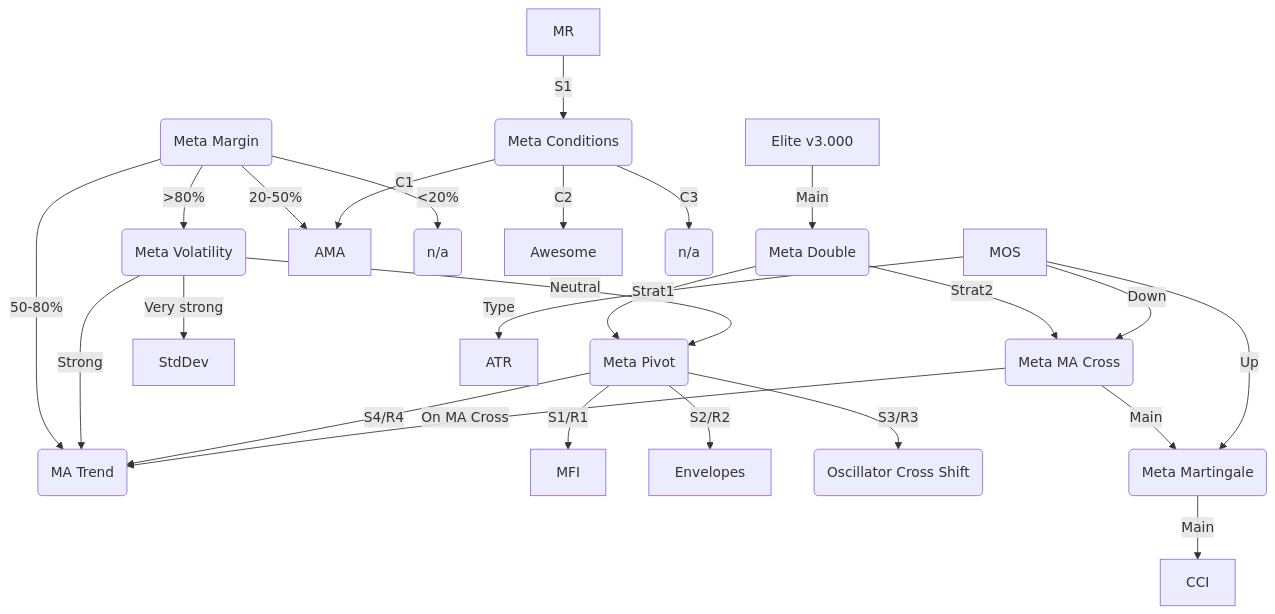
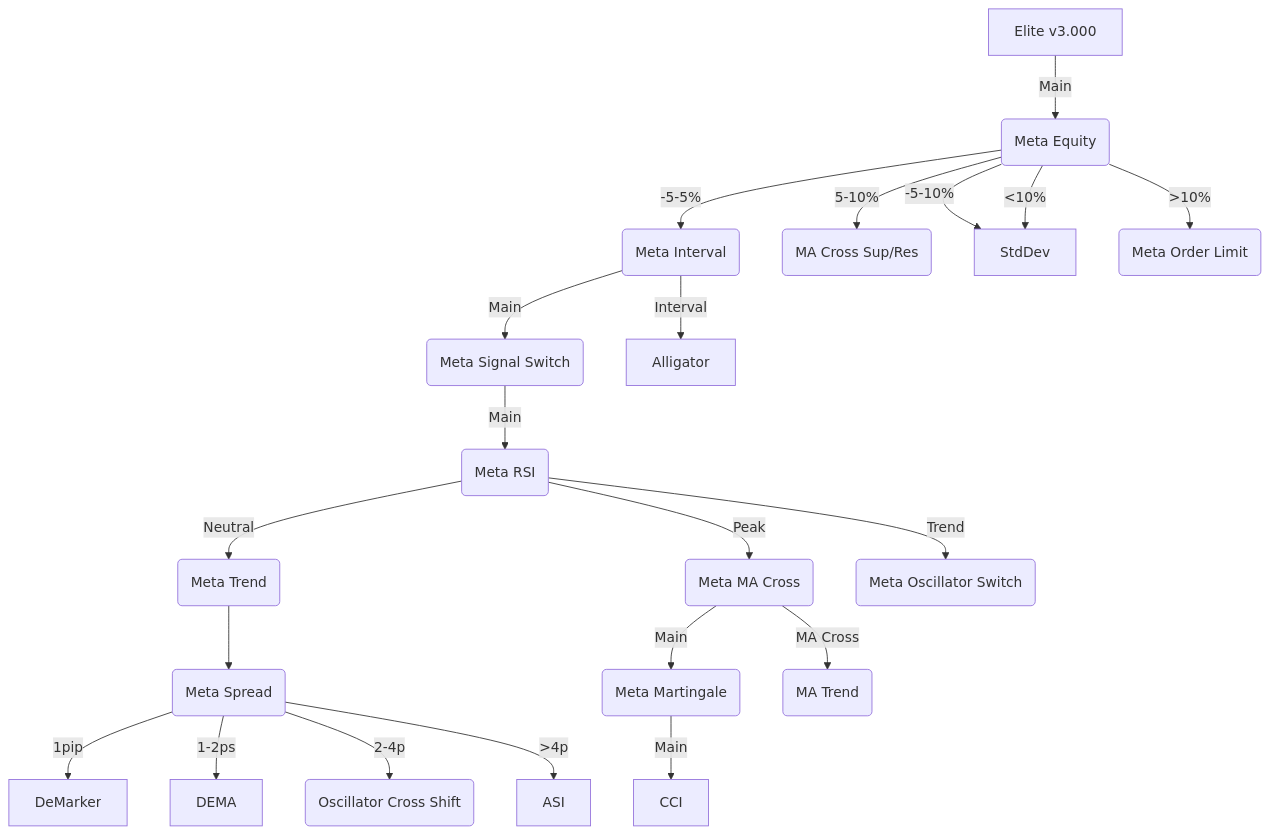
The second of 2 diagrams in src/include/common/elite/README.md (EA31337/EA31337), drawn with Mermaid before and after one commit.

Commit message:
Elite: Updates recommended params

````diff
--- a/src/include/common/elite/README.md
+++ b/src/include/common/elite/README.md
@@ -16,35 +16,60 @@
 ```mermaid
 graph TD
-    EA[Elite v3.000] -->|Main| MD(Meta Double)
-    MD --> |Strat1| MP(Meta Pivot)
-    MD --> |Strat2| MMC(Meta MA Cross)
+    EA[Elite v3.000] -->|Main| MEquity(Meta Equity)
 
-    MM(Meta Margin) --> |>80%| MV(Meta Volatility)
-    MM --> |50-80%| MAT(MA Trend)
-    MM --> |20-50%| AMA
-    MM --> |<20%| NA1(n/a)
+    MEquity --> |-5-5%| MI(Meta Interval)
+    MEquity --> |5-10%| MACSP(MA Cross Sup/Res)
+    MEquity --> |-5-10%| StdDev
+    MEquity --> |>10%| MOL(Meta Order Limit)
+    MEquity --> |<10%| StdDev
 
-        MV --> |Neutral| MP(Meta Pivot)
-        MV --> |Strong| MAT(MA Trend)
-        MV --> |Very strong| StdDev
+        MI --> |Main| MSS(Meta Signal Switch)
+        MI --> |Interval| Alligator
 
-            MP --> |S1/R1| MFI
-            MP --> |S2/R2| Envelopes
-            MP --> |S3/R3| OCS(Oscillator Cross Shift)
-            MP --> |S4/R4| MAT(MA Trend)
+            MSS -->|Main| MRSI(Meta RSI)
 
-                MR --> |S1| MC(Meta Conditions)
+                MRSI --> |Neutral| MT(Meta Trend)
+                MRSI --> |Peak| MMC(Meta MA Cross)
+                MRSI --> |Trend| MOS(Meta Oscillator Switch)
 
-                    MC --> |C1| AMA
-                    MC --> |C2| Awesome
-                    MC --> |C3| NA2(n/a)
+                    MT --> MSpread(Meta Spread)
 
-    MMC --> |Main| MMG(Meta Martingale)
-    MMC --> |On MA Cross| MAT(MA Trend)
+                        MSpread --> |1pip| DeMarker
+                        MSpread --> |1-2ps| DEMA
+                        MSpread --> |2-4p| OCS(Oscillator Cross Shift)
+                        MSpread --> |>4p| ASI
 
-        MMG --> |Main| CCI
+                MMC --> |Main| MMG(Meta Martingale)
+                MMC --> |MA Cross| MAT(MA Trend)
 
-    MOS --> |Type| ATR
-    MOS --> |Down| MMC(Meta MA Cross)
-    MOS --> |Up| MMG(Meta Martingale)
+                    MMG --> |Main| CCI
+
+    %% MM(Meta Margin) --> |>80%| MD(Meta Double)
+    %% MM --> |50-80%| MOL(Meta Order Limit)
+    %% MM --> |20-50%| AMA
+    %% MM --> |<20%| NA1(n/a)
+
+    %%     MD --> |Strat1| MP(Meta Pivot)
+    %%     MD --> |Strat2| MMC(Meta MA Cross)
+
+    %%     MOL --> |Strat| MAB(MA Breakout)
+
+    %%     MV --> |Neutral| MP(Meta Pivot)
+    %%     MV --> |Strong| MAT(MA Trend)
+    %%     MV --> |Very strong| StdDev
+
+    %%         MP --> |S1/R1| MCS(MA Cross Shift)
+    %%         MP --> |S2/R2| MACD
+    %%         MP --> |S3/R3| MC(Meta Conditions)
+    %%         MP --> |S4/R4| MAT(MA Trend)
+
+    %%             MRev(Meta Reverse) --> |S1| MC(Meta Conditions)
+
+    %%                 MC --> |C1-AtPeak| Gator
+    %%                 MC --> |C2-InPivot| Awesome
+    %%                 %%% MC --> |C3| NA2(n/a)
+
+    %% MOS --> |Type| ATR
+    %% MOS --> |Down| MMC(Meta MA Cross)
+    %% MOS --> |Up| MMG(Meta Martingale)
 ```
````
